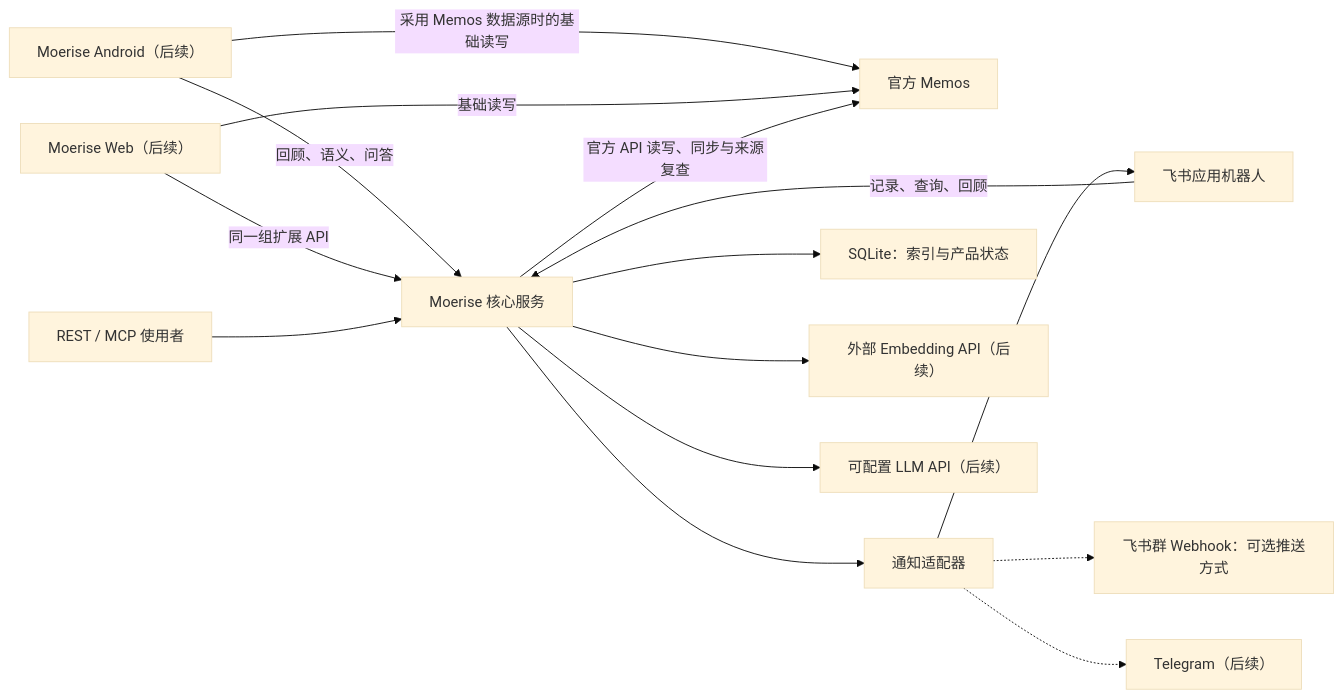
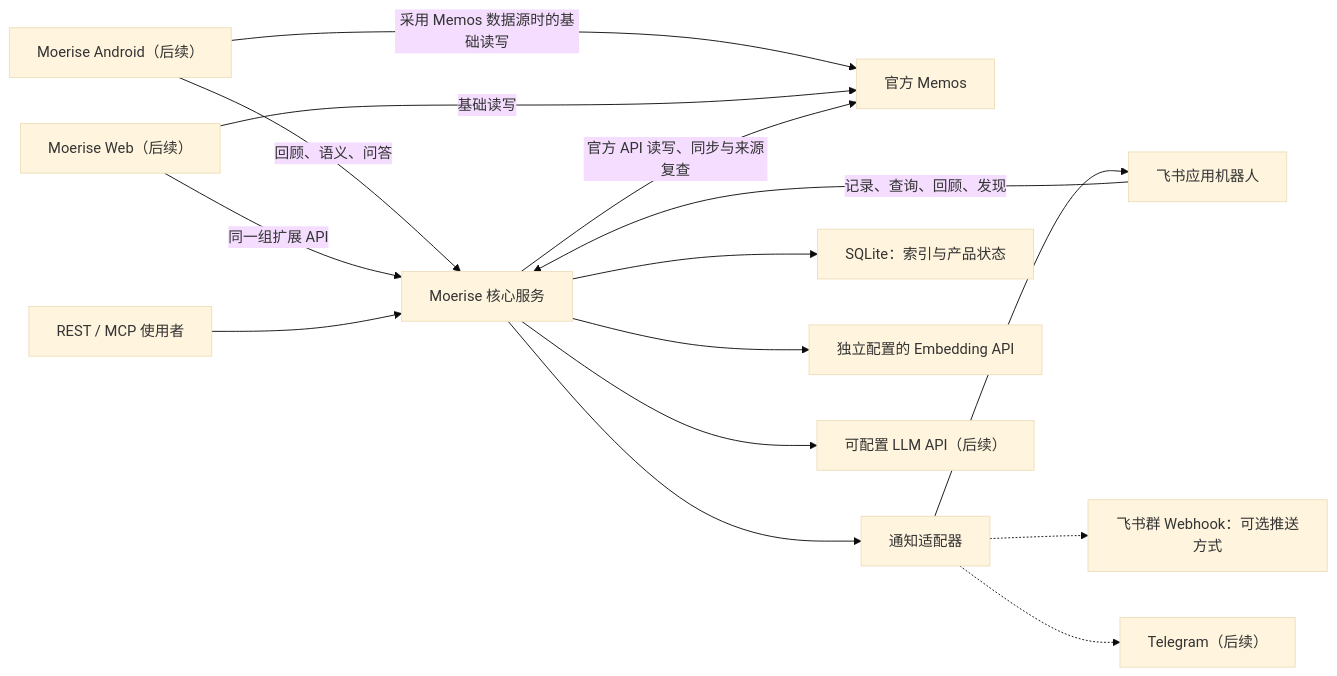
One commit to Fermin214/Moerise changed the first of 2 diagrams in docs/PRODUCT-ARCHITECTURE.md. Above: the diagram before and after it, drawn with Mermaid (base theme). The commit also changed other lines of this file and 32 other files, not shown here.

````diff
--- a/docs/PRODUCT-ARCHITECTURE.md
+++ b/docs/PRODUCT-ARCHITECTURE.md
@@ -29,17 +29,17 @@
 ```mermaid
 flowchart LR
     Android["Moerise Android（后续）"] -->|"采用 Memos 数据源时的基础读写"| Memos["官方 Memos"]
     Web["Moerise Web（后续）"] -->|"基础读写"| Memos
     Sidecar["Moerise 核心服务"] -->|"官方 API 读写、同步与来源复查"| Memos
     Android -->|"回顾、语义、问答"| Sidecar
     Web -->|"同一组扩展 API"| Sidecar
     Agents["REST / MCP 使用者"] --> Sidecar
-    FeishuBot["飞书应用机器人"] -->|"记录、查询、回顾"| Sidecar
+    FeishuBot["飞书应用机器人"] -->|"记录、查询、回顾、发现"| Sidecar
     Sidecar --> Notify["通知适配器"]
     Sidecar --> SQLite["SQLite：索引与产品状态"]
-    Sidecar --> Embedding["外部 Embedding API（后续）"]
+    Sidecar --> Embedding["独立配置的 Embedding API"]
     Sidecar --> LLM["可配置 LLM API（后续）"]
     Notify --> FeishuBot
     Notify -.-> FeishuWebhook["飞书群 Webhook：可选推送方式"]
     Notify -.-> Other["Telegram（后续）"]
 ```
````
